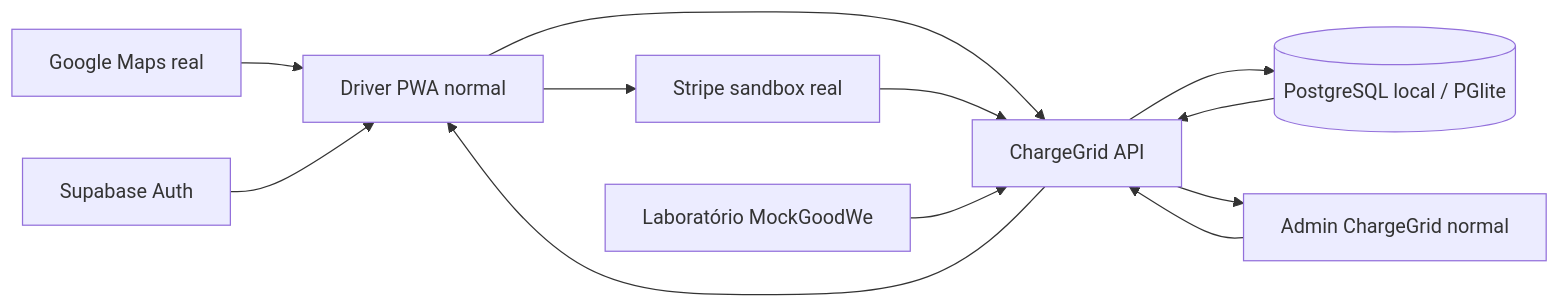
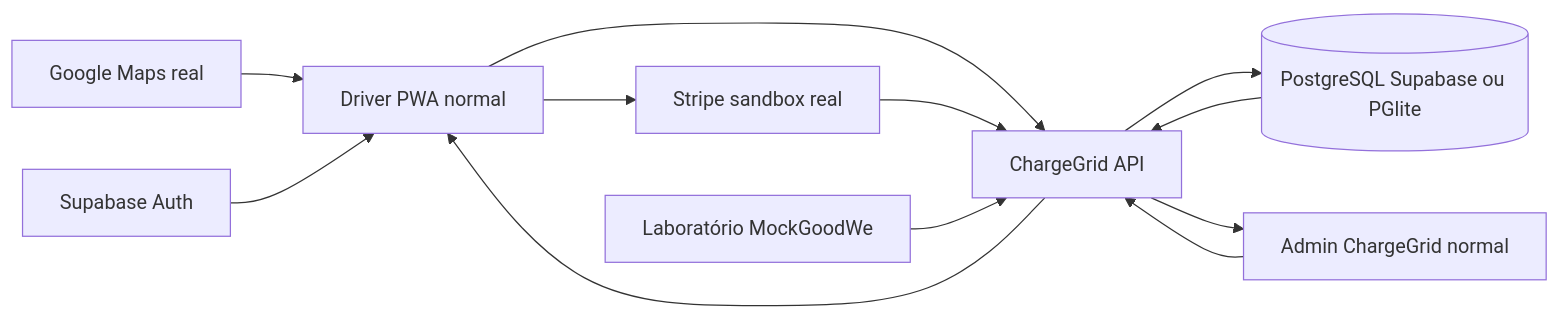
The diagram in docs/SPRINT3.md (PtiagoM/Charge-Grid-Intelligence), drawn with Mermaid before and after one commit. The commit also changed other lines of this file and 27 other files, not shown here.

````diff
--- a/docs/SPRINT3.md
+++ b/docs/SPRINT3.md
@@ -92,14 +93,14 @@
 ```mermaid
 flowchart LR
     Maps[Google Maps real] --> PWA[Driver PWA normal]
     Auth[Supabase Auth] --> PWA
     PWA --> Stripe[Stripe sandbox real]
     PWA --> API[ChargeGrid API]
     Stripe --> API
     Admin[Admin ChargeGrid normal] --> API
     Lab[Laboratório MockGoodWe] --> API
-    API --> DB[(PostgreSQL local / PGlite)]
+    API --> DB[(PostgreSQL Supabase ou PGlite)]
     DB --> API
     API --> PWA
     API --> Admin
 ```
````
